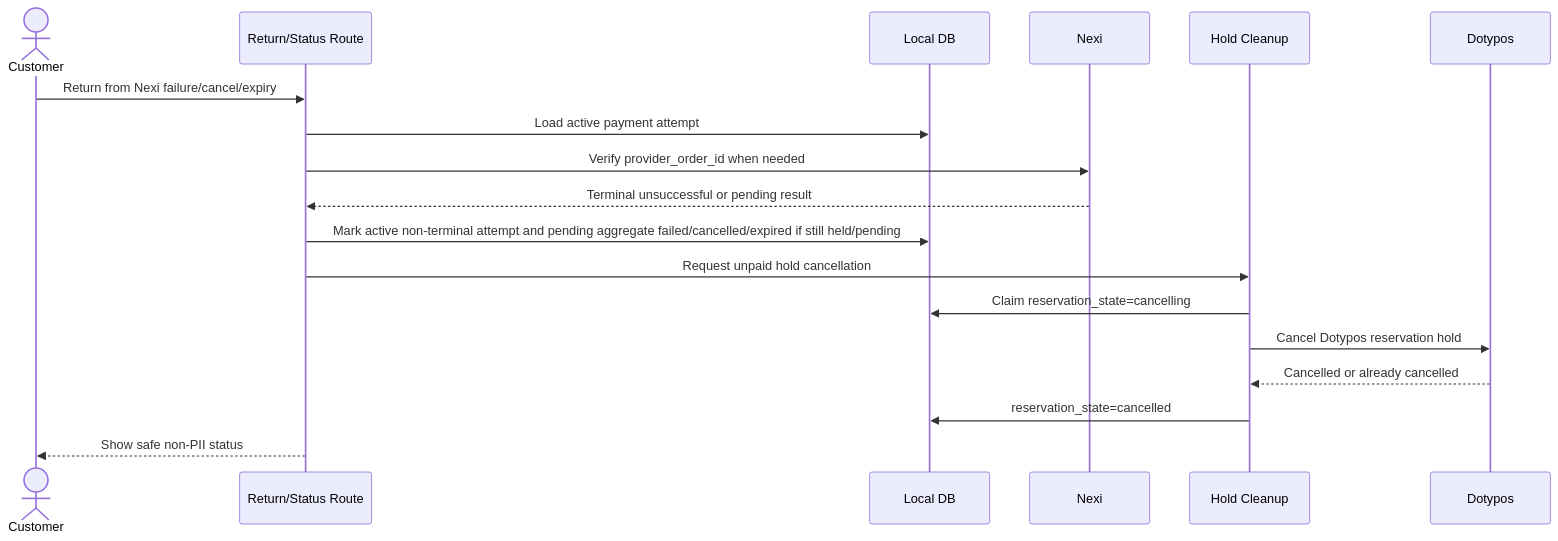
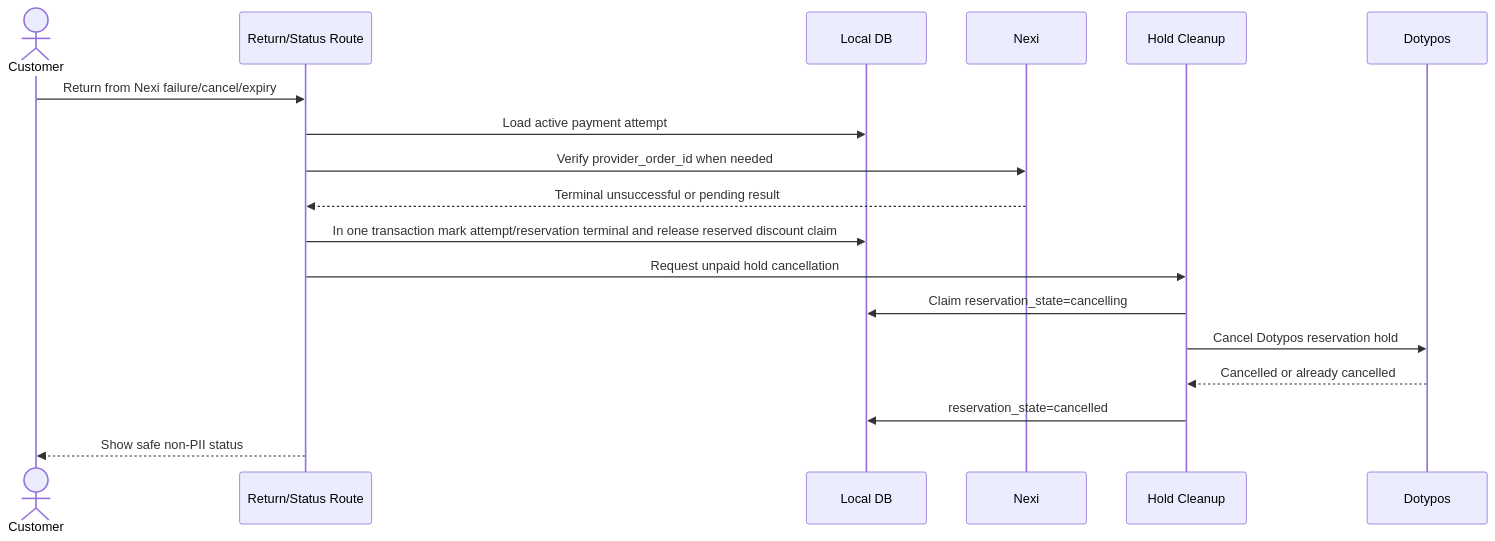
The fifth of 6 diagrams in apps/deskohub-workspace/docs/checkout-lifecycle.md (totalolage/deskohub-site), drawn with Mermaid before and after one commit. The commit also changed other lines of this file and 21 other files, not shown here.

````diff
--- a/apps/deskohub-workspace/docs/checkout-lifecycle.md
+++ b/apps/deskohub-workspace/docs/checkout-lifecycle.md
@@ -378,21 +436,21 @@
 ```mermaid
 sequenceDiagram
   actor Customer
   participant Return as Return/Status Route
   participant DB as Local DB
   participant Nexi
   participant Cleanup as Hold Cleanup
   participant Dotypos
 
   Customer->>Return: Return from Nexi failure/cancel/expiry
   Return->>DB: Load active payment attempt
   Return->>Nexi: Verify provider_order_id when needed
   Nexi-->>Return: Terminal unsuccessful or pending result
-  Return->>DB: Mark active non-terminal attempt and pending aggregate failed/cancelled/expired if still held/pending
+  Return->>DB: In one transaction mark attempt/reservation terminal and release reserved discount claim
   Return->>Cleanup: Request unpaid hold cancellation
   Cleanup->>DB: Claim reservation_state=cancelling
   Cleanup->>Dotypos: Cancel Dotypos reservation hold
   Dotypos-->>Cleanup: Cancelled or already cancelled
   Cleanup->>DB: reservation_state=cancelled
   Return-->>Customer: Show safe non-PII status
 ```
````
